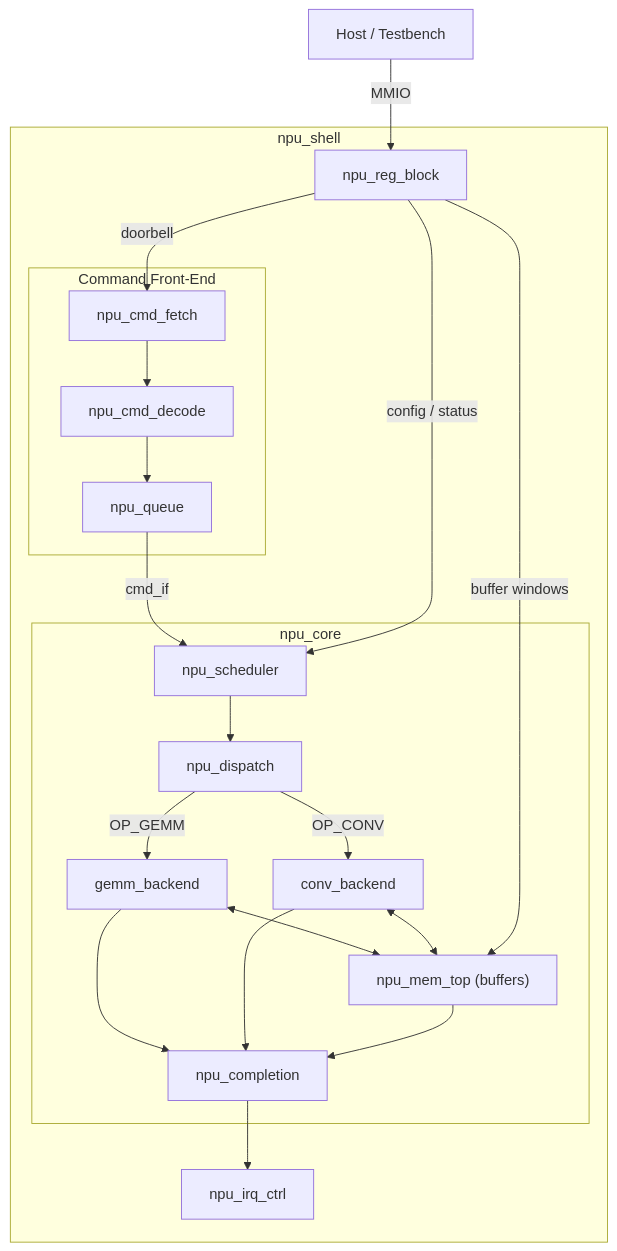
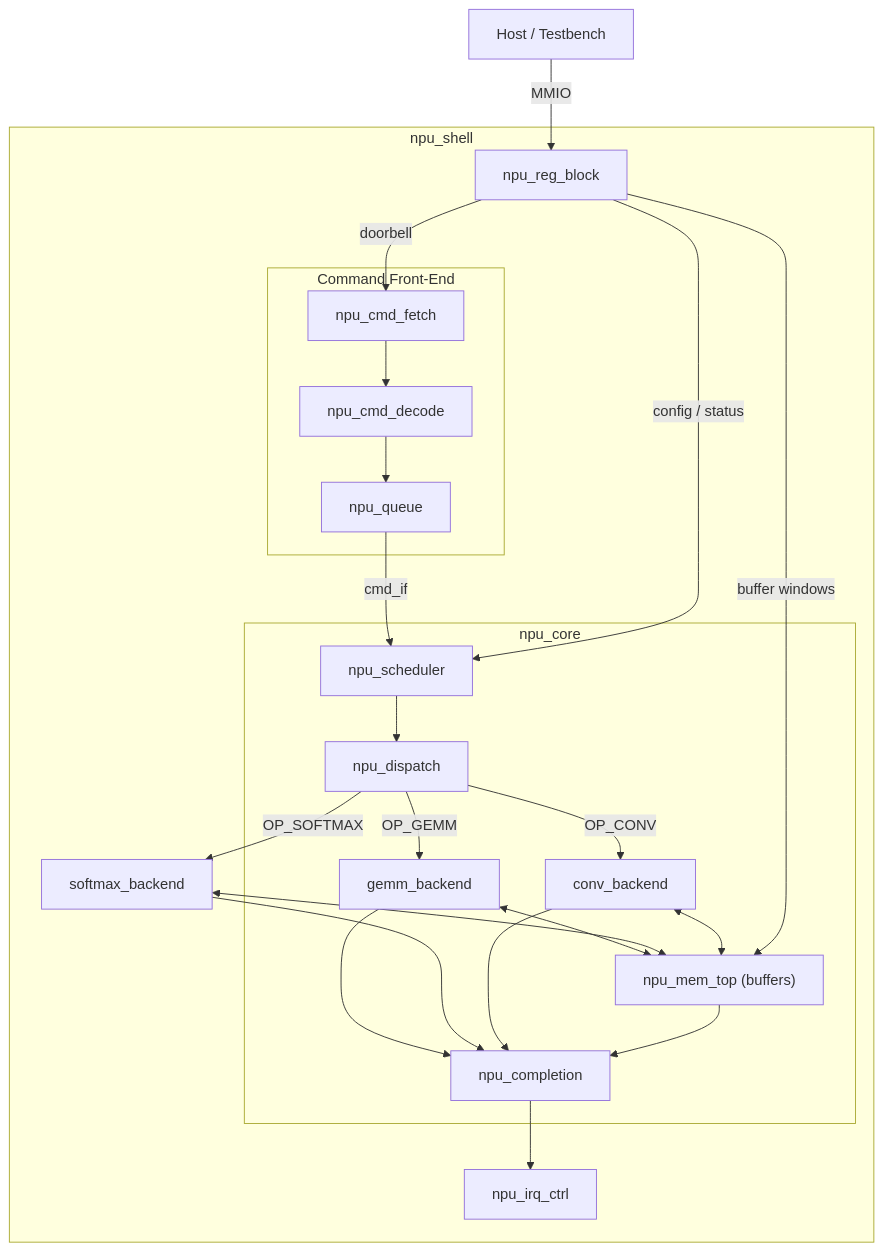
The diagram in docs/arch/overview.md (Arty3/lg-npu), drawn with Mermaid before and after one commit. The commit also changed other lines of this file and 13 other files, not shown here.

Commit message:
Added softmax backend

````diff
--- a/docs/arch/overview.md
+++ b/docs/arch/overview.md
@@ -27,41 +27,44 @@
 ```mermaid
 graph TD
     Host["Host / Testbench"]
 
     Host -- MMIO --> rb
 
     subgraph shell [npu_shell]
         rb["npu_reg_block"]
 
         subgraph cmd_fe [Command Front-End]
             cf["npu_cmd_fetch"] --> cd["npu_cmd_decode"] --> q["npu_queue"]
         end
 
         rb -- doorbell --> cf
 
         subgraph core [npu_core]
             sched["npu_scheduler"]
             dispatch["npu_dispatch"]
             mem_top["npu_mem_top (buffers)"]
             gemm["gemm_backend"]
             conv["conv_backend"]
             completion["npu_completion"]
         end
 
         q -- cmd_if --> sched
         rb -- "config / status" --> sched
         sched --> dispatch
         dispatch -- "OP_GEMM" --> gemm
+        dispatch -- "OP_SOFTMAX" --> smax["softmax_backend"]
         dispatch -- "OP_CONV" --> conv
         gemm <--> mem_top
+        smax <--> mem_top
         conv <--> mem_top
         gemm --> completion
+        smax --> completion
         conv --> completion
         mem_top --> completion
 
         irq["npu_irq_ctrl"]
         completion --> irq
     end
 
     rb -- "buffer windows" --> mem_top
 ```
````
